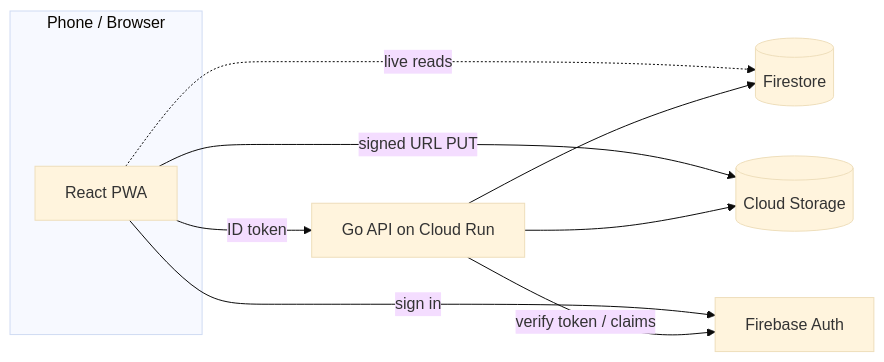
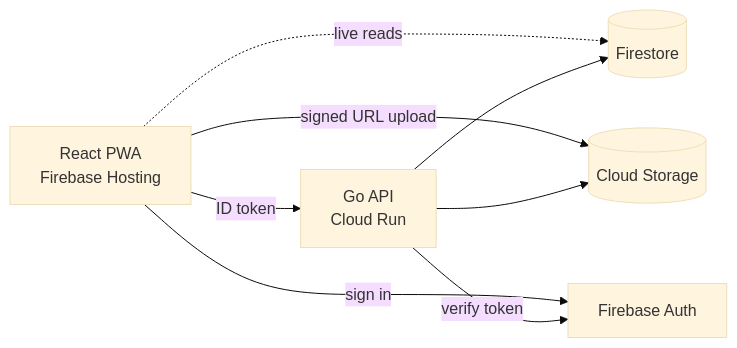
Before and after one commit to rumman-hossain/delivery_tracker: the first of 2 diagrams in README.md, drawn with Mermaid (base theme). The commit also changed other lines of this file and 46 other files, not shown here.

````diff
--- a/README.md
+++ b/README.md
@@ -25,13 +25,10 @@
 ```mermaid
 flowchart LR
-  subgraph Phone / Browser
-    W[React PWA]
-  end
-  W -- ID token --> A[Go API on Cloud Run]
-  W -- signed URL PUT --> S[(Cloud Storage)]
+  W[React PWA<br/>Firebase Hosting] -- ID token --> A[Go API<br/>Cloud Run]
+  W -- signed URL upload --> S[(Cloud Storage)]
   W -. live reads .-> F[(Firestore)]
+  W -- sign in --> Auth[Firebase Auth]
   A --> F
   A --> S
-  W -- sign in --> Auth[Firebase Auth]
-  A -- verify token / claims --> Auth
+  A -- verify token --> Auth
 ```
````
